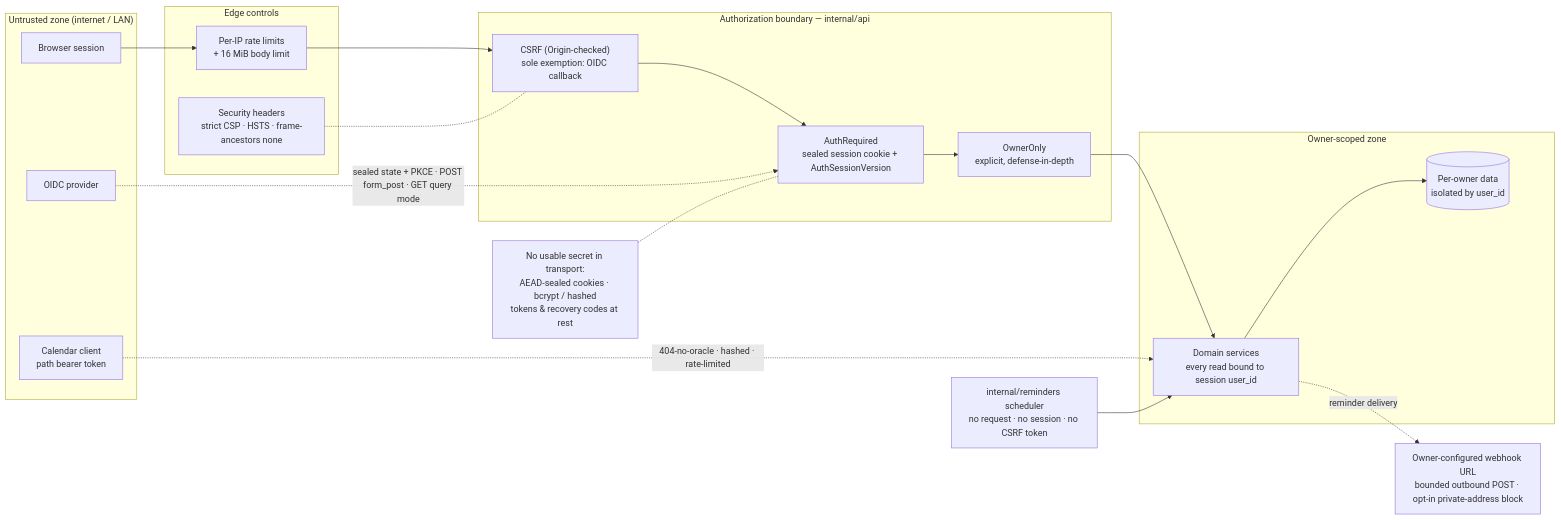
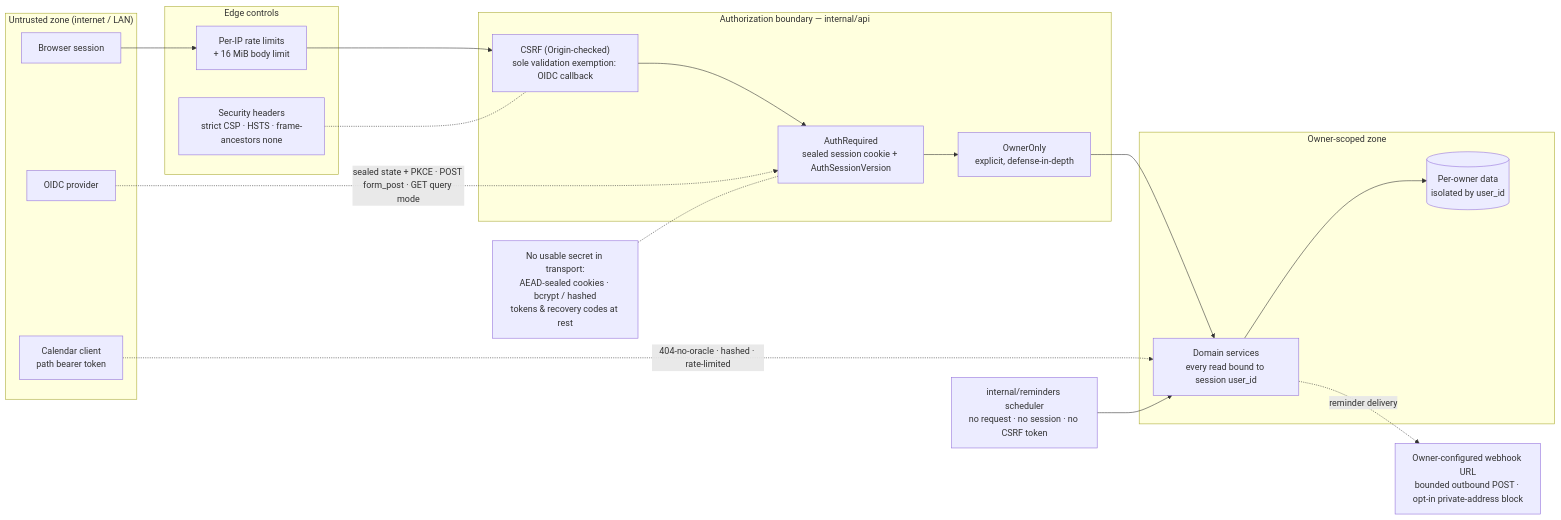
Before and after one commit to ovumcy/ovumcy-web: the second of 3 diagrams in docs/architecture.md, drawn with Mermaid. The commit also changed 2 other files, not shown here.

Commit message:
docs(security): describe the feed cookie skip by its new predicate
The public mirror, the architecture diagram, and the changelog
fragment still described the calendar feed's cookie exclusion as a
bare path-prefix match on GET; describe it as the route-shape-and-
method predicate the fix now uses instead, including the HEAD and
over-match cases the fragment previously left out.

````diff
--- a/docs/architecture.md
+++ b/docs/architecture.md
@@ -116,36 +116,36 @@
 ```mermaid
 flowchart LR
     subgraph untrusted["Untrusted zone (internet / LAN)"]
         ub["Browser session"]
         uc["Calendar client<br/>path bearer token"]
         ui["OIDC provider"]
     end
 
     subgraph edge["Edge controls"]
         rl["Per-IP rate limits<br/>+ 16 MiB body limit"]
         hdr["Security headers<br/>strict CSP · HSTS · frame-ancestors none"]
     end
 
     subgraph authz["Authorization boundary — internal/api"]
-        csrf["CSRF (Origin-checked)<br/>sole exemption: OIDC callback"]
+        csrf["CSRF (Origin-checked)<br/>sole validation exemption: OIDC callback"]
         auth["AuthRequired<br/>sealed session cookie + AuthSessionVersion"]
         owner["OwnerOnly<br/>explicit, defense-in-depth"]
     end
 
     subgraph trusted["Owner-scoped zone"]
         domain["Domain services<br/>every read bound to session user_id"]
         data[("Per-owner data<br/>isolated by user_id")]
     end
 
     secrets["No usable secret in transport:<br/>AEAD-sealed cookies · bcrypt / hashed<br/>tokens &amp; recovery codes at rest"]
     sched["internal/reminders scheduler<br/>no request · no session · no CSRF token"]
     hook["Owner-configured webhook URL<br/>bounded outbound POST · opt-in private-address block"]
 
     ub --> rl --> csrf --> auth --> owner --> domain --> data
     ui -. "sealed state + PKCE · POST form_post · GET query mode" .-> auth
     uc -. "404-no-oracle · hashed · rate-limited" .-> domain
     sched --> domain
     domain -. "reminder delivery" .-> hook
     hdr -.- csrf
     secrets -.- auth
 ```
````
